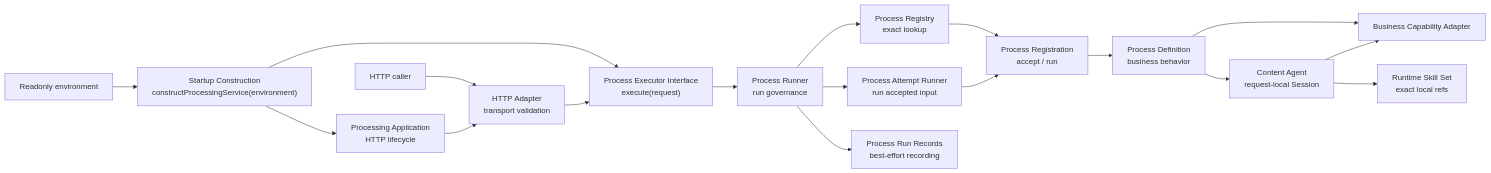
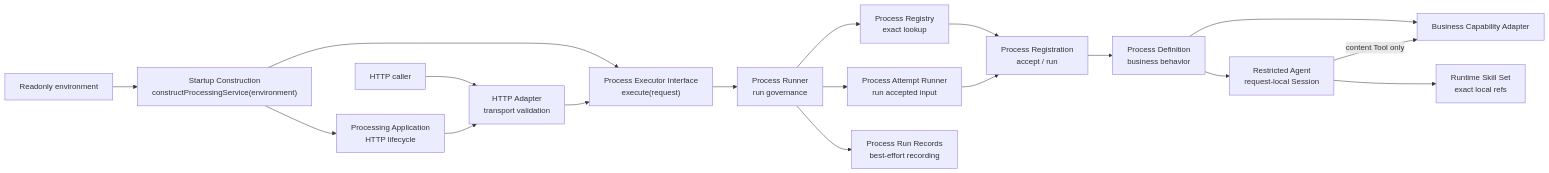
One commit to hkai-ai/pipipi changed the diagram in docs/process-runtime-design.md. Above: the diagram before and after it, drawn with Mermaid. The commit also changed other lines of this file and 40 other files, not shown here.

````diff
--- a/docs/process-runtime-design.md
+++ b/docs/process-runtime-design.md
@@ -22,20 +22,20 @@
 ```mermaid
 flowchart LR
     Env["Readonly environment"] --> Startup["Startup Construction<br/>constructProcessingService(environment)"]
     Startup --> Application["Processing Application<br/>HTTP lifecycle"]
     Startup --> Executor
     Caller["HTTP caller"] --> Http["HTTP Adapter<br/>transport validation"]
     Application --> Http
     Http --> Executor["Process Executor Interface<br/>execute(request)"]
     Executor --> Runner["Process Runner<br/>run governance"]
     Runner --> Registry["Process Registry<br/>exact lookup"]
     Runner --> Attempt["Process Attempt Runner<br/>run accepted input"]
     Registry --> Registration["Process Registration<br/>accept / run"]
     Attempt --> Registration
     Registration --> Definition["Process Definition<br/>business behavior"]
     Definition --> Capability["Business Capability Adapter"]
-    Definition --> Agent["Content Agent<br/>request-local Session"]
+    Definition --> Agent["Restricted Agent<br/>request-local Session"]
     Agent --> Skills["Runtime Skill Set<br/>exact local refs"]
-    Agent --> Capability
+    Agent -->|"content Tool only"| Capability
     Runner --> Records["Process Run Records<br/>best-effort recording"]
 ```
````
